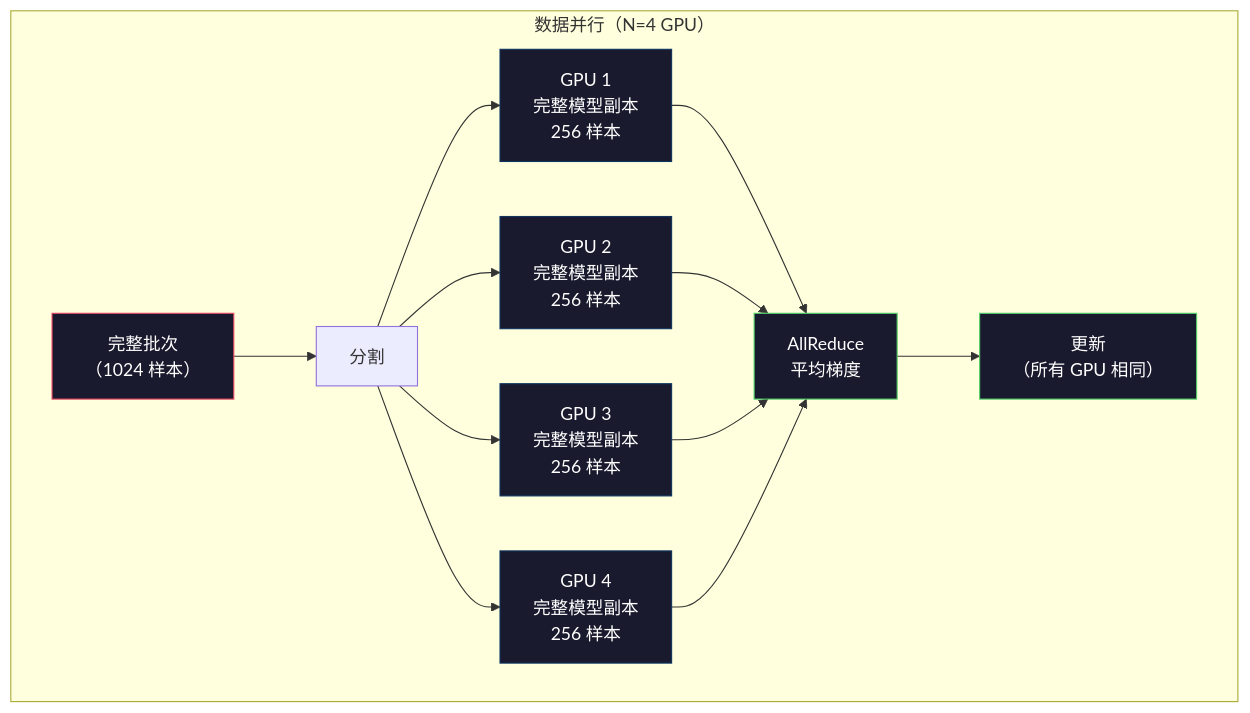
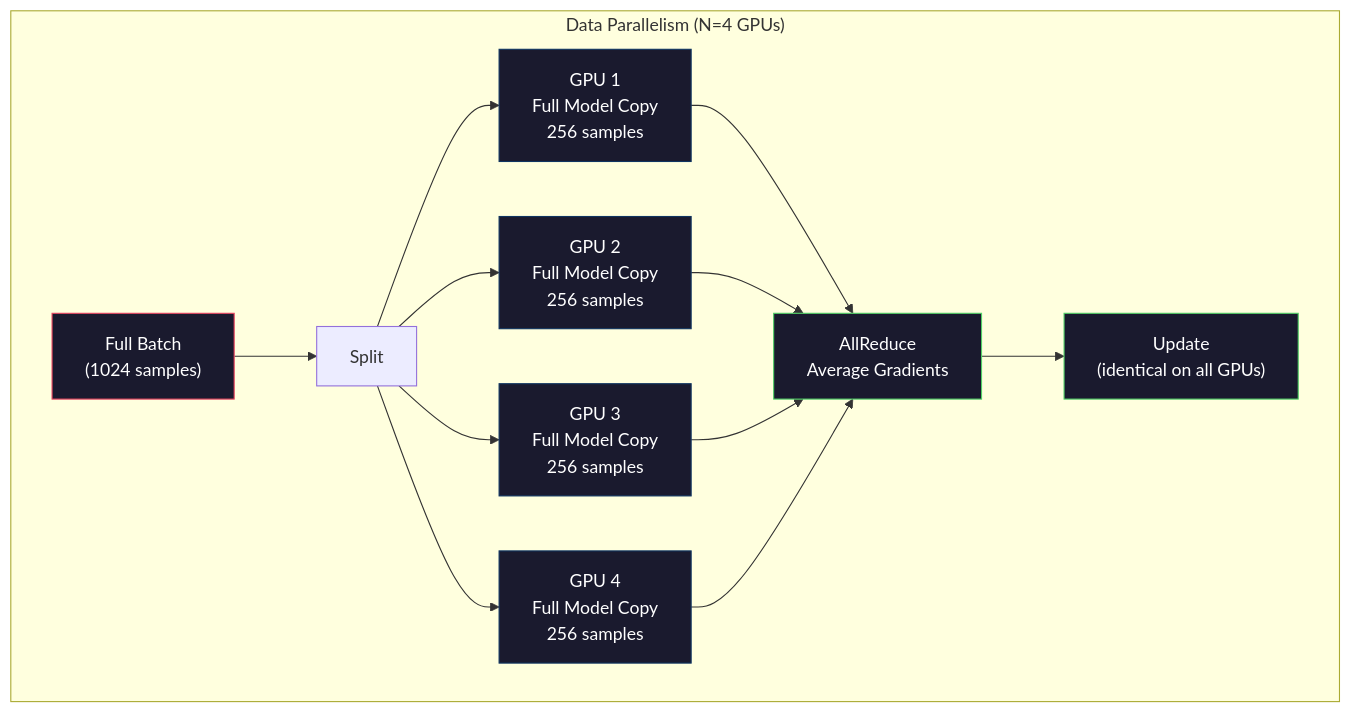
Before and after one commit to xiaojiaenen/ai-engineering-from-scratch-zh: the first of 3 diagrams in i18n/zh/phases/10-llms-from-scratch/05-scaling-distributed/docs/zh.md, drawn with Mermaid. The commit also changed other lines of this file and 24 other files, not shown here.

````diff
--- a/i18n/zh/phases/10-llms-from-scratch/05-scaling-distributed/docs/zh.md
+++ b/i18n/zh/phases/10-llms-from-scratch/05-scaling-distributed/docs/zh.md
@@ -58,23 +58,23 @@
 ```mermaid
 graph TD
-    subgraph DataParallel["数据并行（N=4 GPU）"]
-        B["完整批次\n（1024 样本）"] --> S["分割"]
-        S --> G1["GPU 1\n完整模型副本\n256 样本"]
-        S --> G2["GPU 2\n完整模型副本\n256 样本"]
-        S --> G3["GPU 3\n完整模型副本\n256 样本"]
-        S --> G4["GPU 4\n完整模型副本\n256 样本"]
-        G1 --> AR["AllReduce\n平均梯度"]
+    subgraph DataParallel["Data Parallelism (N=4 GPUs)"]
+        B["Full Batch\n(1024 samples)"] --> S["Split"]
+        S --> G1["GPU 1\nFull Model Copy\n256 samples"]
+        S --> G2["GPU 2\nFull Model Copy\n256 samples"]
+        S --> G3["GPU 3\nFull Model Copy\n256 samples"]
+        S --> G4["GPU 4\nFull Model Copy\n256 samples"]
+        G1 --> AR["AllReduce\nAverage Gradients"]
         G2 --> AR
         G3 --> AR
         G4 --> AR
-        AR --> U["更新\n（所有 GPU 相同）"]
+        AR --> U["Update\n(identical on all GPUs)"]
     end
 
     style B fill:#1a1a2e,stroke:#e94560,color:#fff
     style G1 fill:#1a1a2e,stroke:#0f3460,color:#fff
     style G2 fill:#1a1a2e,stroke:#0f3460,color:#fff
     style G3 fill:#1a1a2e,stroke:#0f3460,color:#fff
     style G4 fill:#1a1a2e,stroke:#0f3460,color:#fff
     style AR fill:#1a1a2e,stroke:#51cf66,color:#fff
     style U fill:#1a1a2e,stroke:#51cf66,color:#fff
 ```
````
